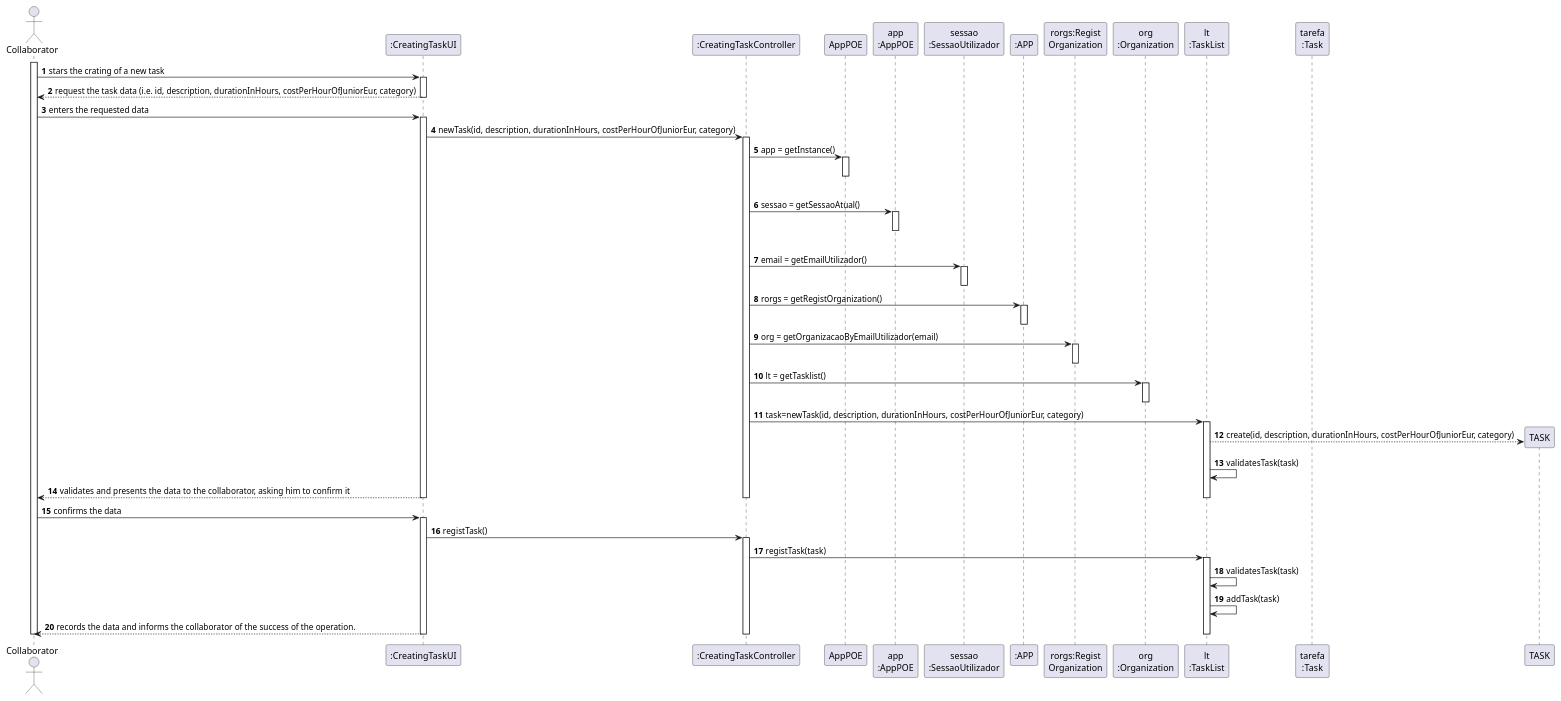
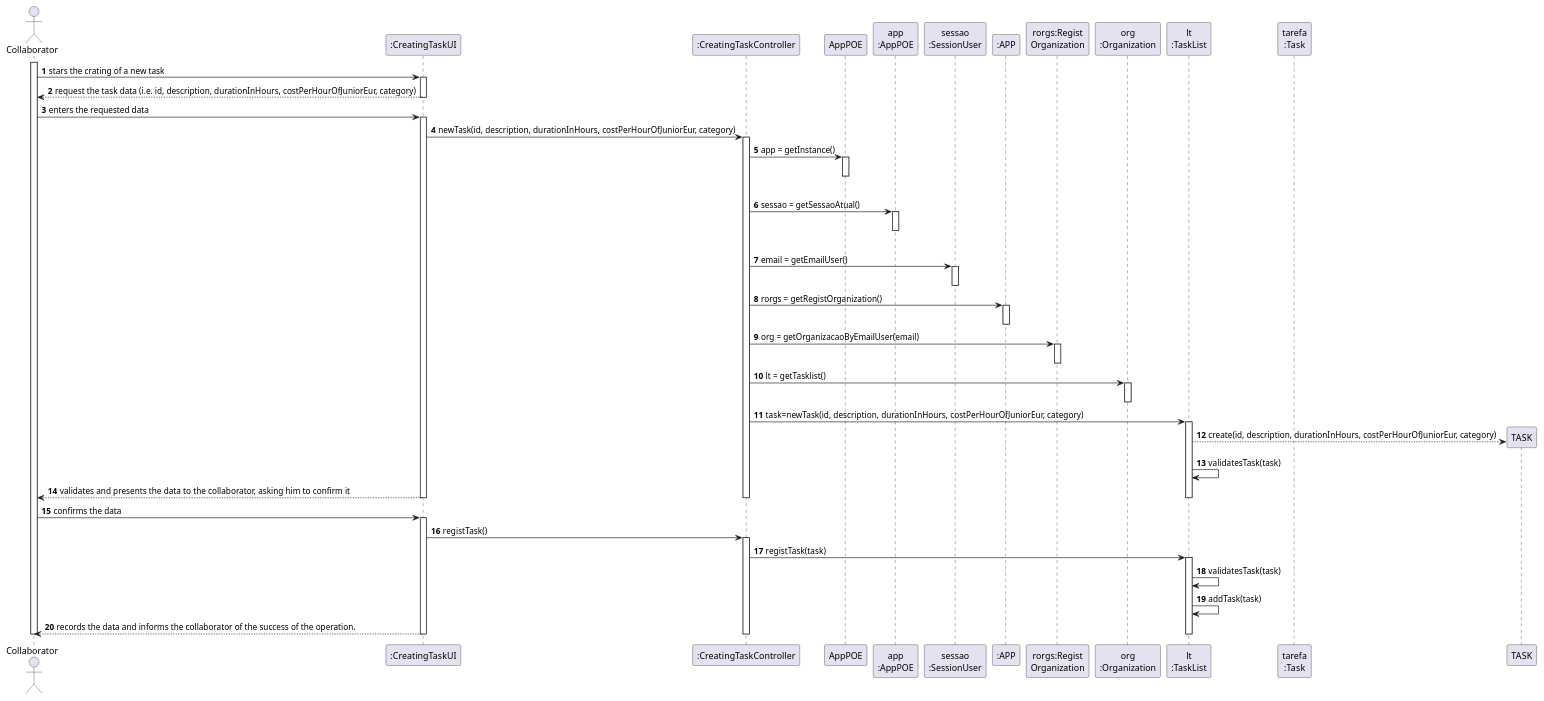
One commit to botelho-io/lapr2-2020-g029 changed the diagram in docs/UC_02/UC02_SD.puml. Above: the diagram before and after it, drawn with PlantUML. The commit also changed 27 other files, not shown here.

```diff
--- a/docs/UC_02/UC02_SD.puml
+++ b/docs/UC_02/UC02_SD.puml
@@ -1,84 +1,84 @@
 @startuml
 autonumber
 'hide footbox
 actor Collaborator as C
 
 participant ":CreatingTaskUI" as UI
 participant ":CreatingTaskController" as CTRL
 participant "AppPOE" as _APPOE
 participant "app\n:AppPOE" as APPOE
-participant "sessao\n:SessaoUtilizador" as SESSAO
+participant "sessao\n:SessionUser" as SESSAO
 participant ":APP" as APP
 participant "rorgs:Regist\nOrganization" as RORGS
 participant "org\n:Organization" as ORG
 participant "lt\n:TaskList" as LTASKS
 participant "tarefa\n:Task" as TAREFA
 
 activate C
 C -> UI : stars the crating of a new task
 activate UI
 UI --> C : request the task data (i.e. id, description, durationInHours, costPerHourOfJuniorEur, category)
 deactivate UI
 
 C -> UI : enters the requested data
 activate UI
 
 UI -> CTRL : newTask(id, description, durationInHours, costPerHourOfJuniorEur, category)
 activate CTRL
 
 CTRL -> _APPOE: app = getInstance()
 activate _APPOE
 |||
 deactivate _APPOE
 
 CTRL -> APPOE: sessao = getSessaoAtual()
 activate APPOE
 |||
 deactivate APPOE
 
-CTRL -> SESSAO: email = getEmailUtilizador()
+CTRL -> SESSAO: email = getEmailUser()
 activate SESSAO
 deactivate SESSAO
 
 CTRL -> APP: rorgs = getRegistOrganization()
 activate APP
 deactivate APP
 
-CTRL -> RORGS: org = getOrganizacaoByEmailUtilizador(email)
+CTRL -> RORGS: org = getOrganizacaoByEmailUser(email)
 activate RORGS
 deactivate RORGS
 
 CTRL -> ORG: lt = getTasklist()
 activate ORG
 deactivate ORG
 
 CTRL -> LTASKS: task=newTask(id, description, durationInHours, costPerHourOfJuniorEur, category)
 activate LTASKS
 
 LTASKS --> TASK**: create(id, description, durationInHours, costPerHourOfJuniorEur, category)
 LTASKS -> LTASKS: validatesTask(task)
 
 UI --> C: validates and presents the data to the collaborator, asking him to confirm it
 deactivate LTASKS
 deactivate CTRL
 deactivate UI
 
 C -> UI : confirms the data
 activate UI
 UI -> CTRL : registTask()
 activate CTRL
 
 CTRL -> LTASKS : registTask(task)
 activate LTASKS
 
 LTASKS -> LTASKS: validatesTask(task)
 LTASKS -> LTASKS: addTask(task)
 
 UI --> C : records the data and informs the collaborator of the success of the operation.
 deactivate LTASKS
 deactivate CTRL
 deactivate UI
 
 deactivate C
 
 @enduml
```
